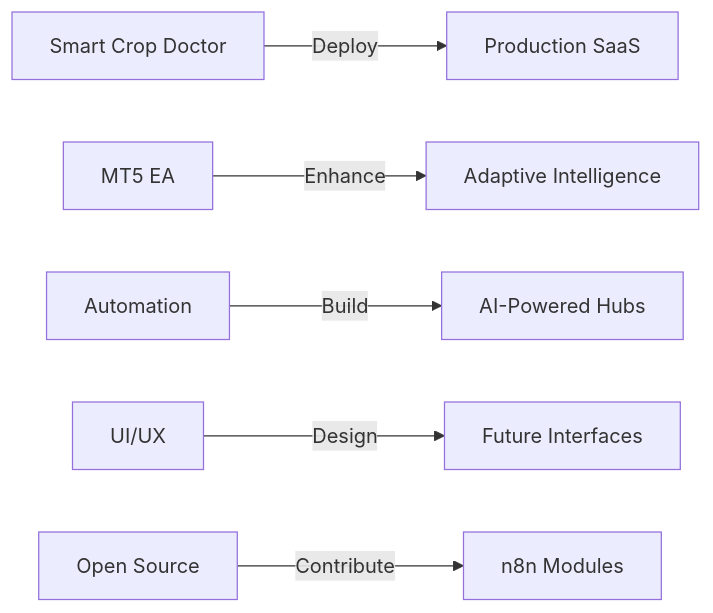
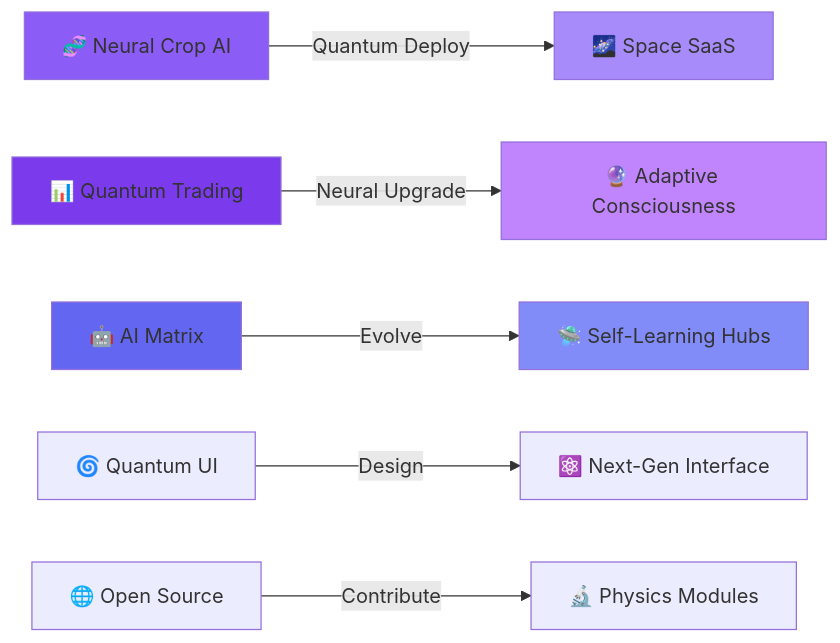
Before and after one commit to technosaran/technosaran: the diagram in README.md, drawn with Mermaid. The commit also changed other lines of this file, not shown here.

Commit message:
Update README with quantum/space futuristic theme

````diff
--- a/README.md
+++ b/README.md
@@ -233,8 +244,15 @@
 ```mermaid
 graph LR
-    A[Smart Crop Doctor] -->|Deploy| B[Production SaaS]
-    C[MT5 EA] -->|Enhance| D[Adaptive Intelligence]
-    E[Automation] -->|Build| F[AI-Powered Hubs]
-    G[UI/UX] -->|Design| H[Future Interfaces]
-    I[Open Source] -->|Contribute| J[n8n Modules]
+    A[🧬 Neural Crop AI] -->|Quantum Deploy| B[🌌 Space SaaS]
+    C[📊 Quantum Trading] -->|Neural Upgrade| D[🔮 Adaptive Consciousness]
+    E[🤖 AI Matrix] -->|Evolve| F[🛸 Self-Learning Hubs]
+    G[🌀 Quantum UI] -->|Design| H[⚛️ Next-Gen Interface]
+    I[🌐 Open Source] -->|Contribute| J[🔬 Physics Modules]
+    
+    style A fill:#8B5CF6
+    style B fill:#A78BFA
+    style C fill:#7C3AED
+    style D fill:#C084FC
+    style E fill:#6366F1
+    style F fill:#818CF8
 ```
````
